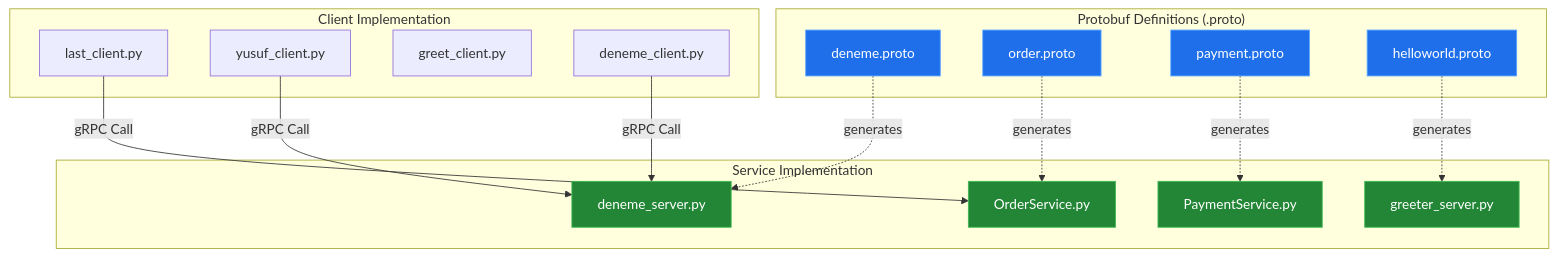
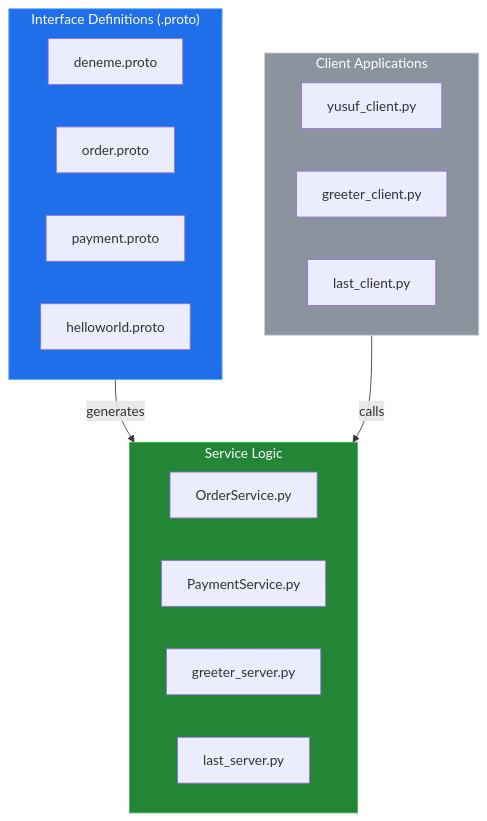
The first of 2 diagrams in README_ARCH.md (YusuffBulbul/GRPC_calisma), drawn with Mermaid before and after one commit. The commit also changed other lines of this file, not shown here.

Commit message:
docs: update system blueprint (2026-09-07)

````diff
--- a/README_ARCH.md
+++ b/README_ARCH.md
@@ -20,43 +19,31 @@
 ```mermaid
 flowchart TD
-    subgraph Protobuf_Layer ["Protobuf Definitions (.proto)"]
+    subgraph Protobuf_Layer["Interface Definitions (.proto)"]
         P1["deneme.proto"]
         P2["order.proto"]
         P3["payment.proto"]
         P4["helloworld.proto"]
     end
 
-    subgraph Service_Logic ["Service Implementation"]
+    subgraph Service_Implementation["Service Logic"]
+        direction LR
         S1["OrderService.py"]
         S2["PaymentService.py"]
-        S3["deneme_server.py"]
-        S4["greeter_server.py"]
+        S3["greeter_server.py"]
+        S4["last_server.py"]
     end
 
-    subgraph Client_Logic ["Client Implementation"]
-        C1["last_client.py"]
-        C2["yusuf_client.py"]
-        C3["greet_client.py"]
-        C4["deneme_client.py"]
+    subgraph Client_Layer["Client Applications"]
+        C1["yusuf_client.py"]
+        C2["greeter_client.py"]
+        C3["last_client.py"]
     end
 
-    P1 -.->|"generates"| S3
-    P2 -.->|"generates"| S1
-    P3 -.->|"generates"| S2
-    P4 -.->|"generates"| S4
+    Protobuf_Layer -->|"generates"| Service_Implementation
+    Client_Layer -->|"calls"| Service_Implementation
 
-    C1 -->|"gRPC Call"| S1
-    C4 -->|"gRPC Call"| S3
-    C2 -->|"gRPC Call"| S3
-
-    style P1 fill:#1f6feb,stroke:#58a6ff,color:#fff
-    style P2 fill:#1f6feb,stroke:#58a6ff,color:#fff
-    style P3 fill:#1f6feb,stroke:#58a6ff,color:#fff
-    style P4 fill:#1f6feb,stroke:#58a6ff,color:#fff
-
-    style S1 fill:#238636,stroke:#3fb950,color:#fff
-    style S2 fill:#238636,stroke:#3fb950,color:#fff
-    style S3 fill:#238636,stroke:#3fb950,color:#fff
-    style S4 fill:#238636,stroke:#3fb950,color:#fff
+    style Protobuf_Layer fill:#1f6feb,stroke:#58a6ff,color:#fff
+    style Service_Implementation fill:#238636,stroke:#3fb950,color:#fff
+    style Client_Layer fill:#8b949e,stroke:#c9d1d9,color:#fff
 
 ```
````
